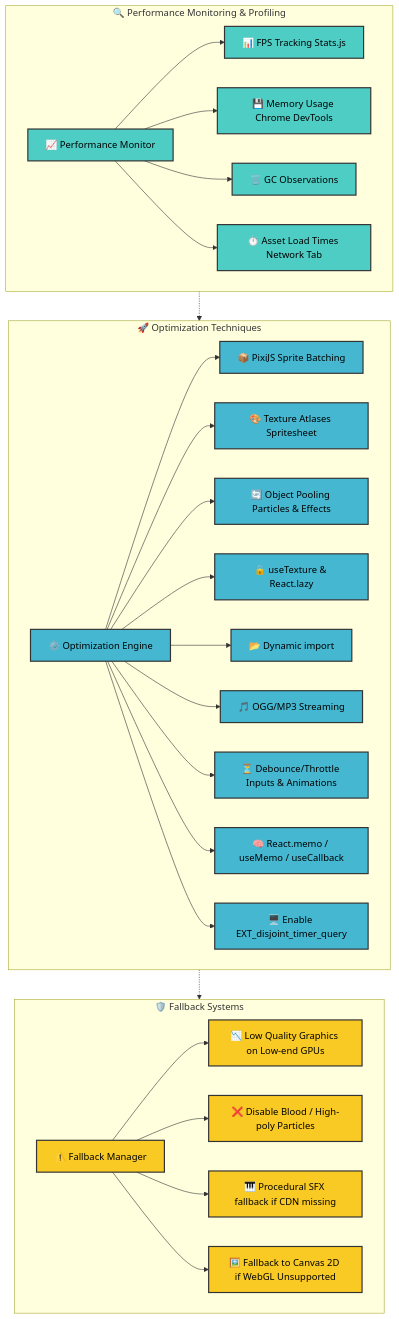
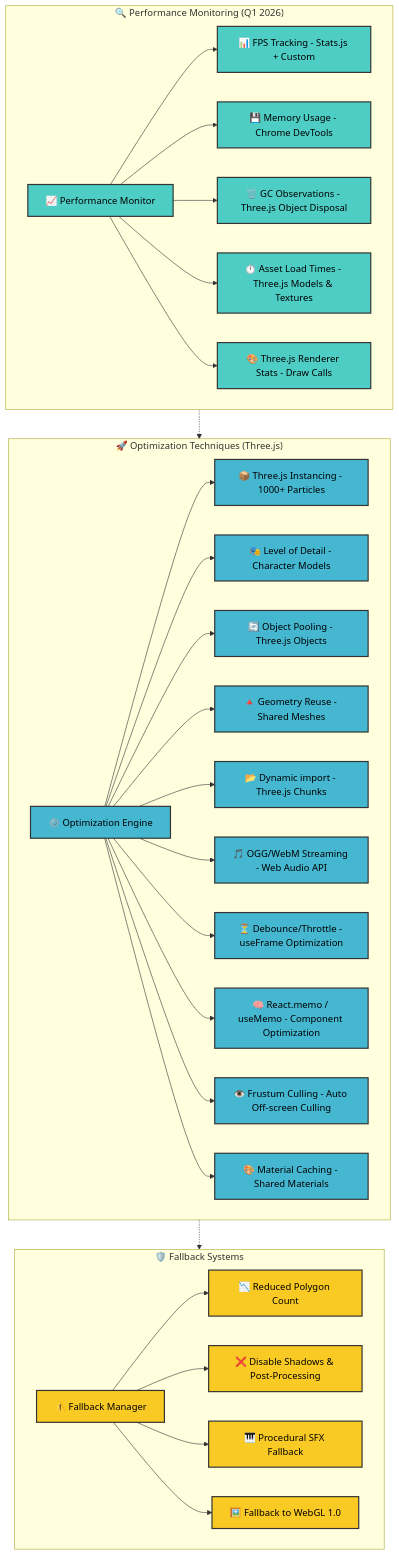
One commit to Hack23/blacktrigram changed the seventh of 22 diagrams in docs/api/media/ARCHITECTURE.md. Above: the diagram before and after it, drawn with Mermaid. The commit also changed other lines of this file and 1530 other files, not shown here.

````diff
--- a/docs/api/media/ARCHITECTURE.md
+++ b/docs/api/media/ARCHITECTURE.md
@@ -867,62 +1049,66 @@
 ```mermaid
 graph TD
-    subgraph PM["🔍 Performance Monitoring & Profiling"]
+    subgraph PM["🔍 Performance Monitoring (Q1 2026)"]
       PerfMon[📈 Performance Monitor]
-      FPS[📊 FPS Tracking Stats.js]
-      Memory[💾 Memory Usage Chrome DevTools]
-      GC[🗑️ GC Observations]
-      AssetTiming[⏱️ Asset Load Times Network Tab]
+      FPS[📊 FPS Tracking - Stats.js + Custom]
+      Memory[💾 Memory Usage - Chrome DevTools]
+      GC[🗑️ GC Observations - Three.js Object Disposal]
+      AssetTiming[⏱️ Asset Load Times - Three.js Models & Textures]
+      ThreeRenderer[🎨 Three.js Renderer Stats - Draw Calls]
     end
 
-    subgraph OT["🚀 Optimization Techniques"]
+    subgraph OT["🚀 Optimization Techniques (Three.js)"]
       OptEngine[⚙️ Optimization Engine]
-      SpriteBatch[📦 PixiJS Sprite Batching]
-      AtlasTextures[🎨 Texture Atlases Spritesheet]
-      ObjectPooling[🔄 Object Pooling Particles & Effects]
-      AssetCaching[🔒 useTexture & React.lazy]
-      CodeSplitting[📂 Dynamic import]
-      AudioCompression[🎵 OGG/MP3 Streaming]
-      Debounce[⏳ Debounce/Throttle Inputs & Animations]
-      Memoization[🧠 React.memo / useMemo / useCallback]
-      WebGLExtensions[🖥️ Enable EXT_disjoint_timer_query]
+      Instancing[📦 Three.js Instancing - 1000+ Particles]
+      LOD[🎭 Level of Detail - Character Models]
+      ObjectPooling[🔄 Object Pooling - Three.js Objects]
+      GeometryReuse[🔺 Geometry Reuse - Shared Meshes]
+      CodeSplitting[📂 Dynamic import - Three.js Chunks]
+      AudioCompression[🎵 OGG/WebM Streaming - Web Audio API]
+      Debounce[⏳ Debounce/Throttle - useFrame Optimization]
+      Memoization[🧠 React.memo / useMemo - Component Optimization]
+      FrustumCulling[👁️ Frustum Culling - Auto Off-screen Culling]
+      MaterialReuse[🎨 Material Caching - Shared Materials]
     end
 
     subgraph FS["🛡️ Fallback Systems"]
       FallbackMgr[⚠️ Fallback Manager]
-      LowQualityMode[📉 Low Quality Graphics on Low-end GPUs]
-      ReducedEffects[❌ Disable Blood / High-poly Particles]
-      ProceduralAudio[🎹 Procedural SFX fallback if CDN missing]
-      Canvas2D[🖼️ Fallback to Canvas 2D if WebGL Unsupported]
+      LowQualityMode[📉 Reduced Polygon Count]
+      ReducedEffects[❌ Disable Shadows & Post-Processing]
+      ProceduralAudio[🎹 Procedural SFX Fallback]
+      WebGLFallback[🖼️ Fallback to WebGL 1.0]
     end
 
     PerfMon --> FPS
     PerfMon --> Memory
     PerfMon --> GC
     PerfMon --> AssetTiming
+    PerfMon --> ThreeRenderer
 
-    OptEngine --> SpriteBatch
-    OptEngine --> AtlasTextures
+    OptEngine --> Instancing
+    OptEngine --> LOD
     OptEngine --> ObjectPooling
-    OptEngine --> AssetCaching
+    OptEngine --> GeometryReuse
     OptEngine --> CodeSplitting
     OptEngine --> AudioCompression
     OptEngine --> Debounce
     OptEngine --> Memoization
-    OptEngine --> WebGLExtensions
+    OptEngine --> FrustumCulling
+    OptEngine --> MaterialReuse
 
     FallbackMgr --> LowQualityMode
     FallbackMgr --> ReducedEffects
     FallbackMgr --> ProceduralAudio
-    FallbackMgr --> Canvas2D
+    FallbackMgr --> WebGLFallback
 
     PM -.-> OT
     OT -.-> FS
 
     classDef perfMon fill:#4ecdc4,stroke:#333,stroke-width:2px,color:#000
     classDef optTech fill:#45b7d1,stroke:#333,stroke-width:2px,color:#000
     classDef fallback fill:#f9ca24,stroke:#333,stroke-width:2px,color:#000
 
-    class PerfMon,FPS,Memory,GC,AssetTiming perfMon
-    class OptEngine,SpriteBatch,AtlasTextures,ObjectPooling,AssetCaching,CodeSplitting,AudioCompression,Debounce,Memoization,WebGLExtensions optTech
-    class FallbackMgr,LowQualityMode,ReducedEffects,ProceduralAudio,Canvas2D fallback
+    class PerfMon,FPS,Memory,GC,AssetTiming,ThreeRenderer perfMon
+    class OptEngine,Instancing,LOD,ObjectPooling,GeometryReuse,CodeSplitting,AudioCompression,Debounce,Memoization,FrustumCulling,MaterialReuse optTech
+    class FallbackMgr,LowQualityMode,ReducedEffects,ProceduralAudio,WebGLFallback fallback
 ```
````
